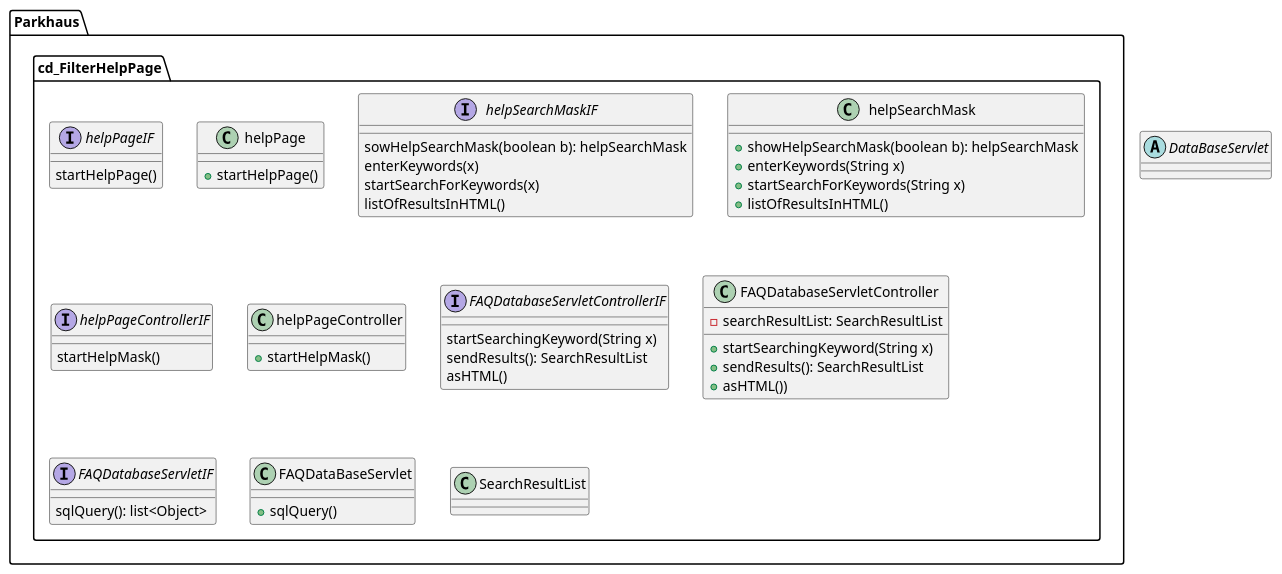
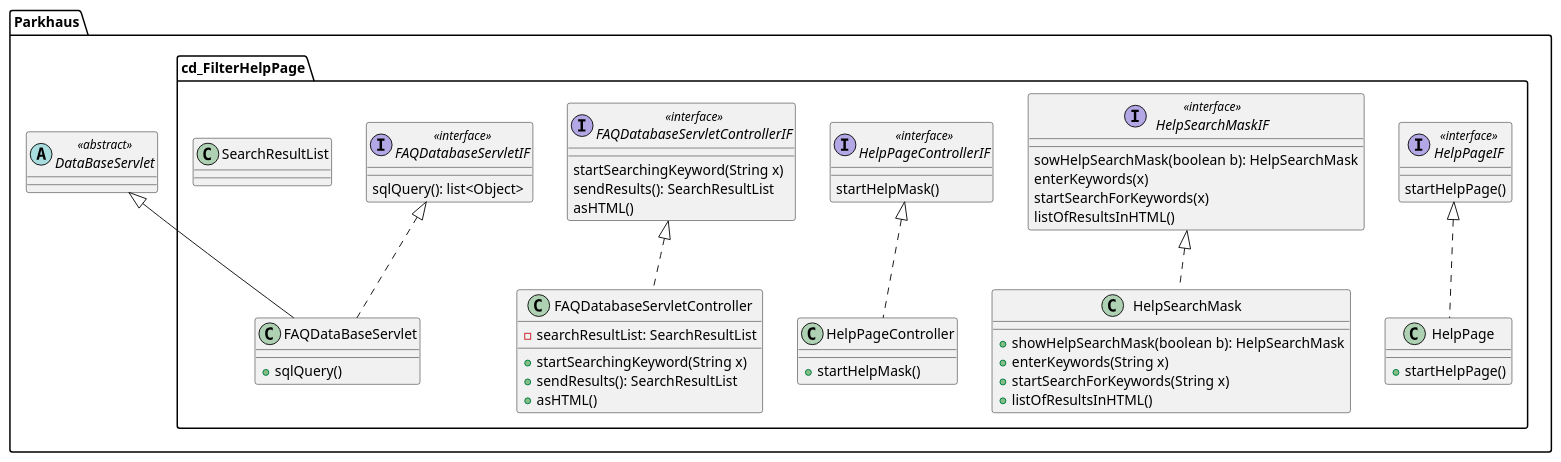
The diagram in src/main/team_space/exercise5/cd_FilterHelpPage.puml (1nbetw33n/Parkhaus_new), drawn with PlantUML before and after one commit.

Commit message:
Added relations

```diff
--- a/src/main/team_space/exercise5/cd_FilterHelpPage.puml
+++ b/src/main/team_space/exercise5/cd_FilterHelpPage.puml
@@ -1,88 +1,96 @@
 @startuml
 'https://plantuml.com/class-diagram
 
-abstract class DataBaseServlet {
-}
+
 
     package Parkhaus {
+
+        abstract class DataBaseServlet {
+        }
 
         package cd_FilterHelpPage {
 
 
-             interface helpPageIF {
+             interface HelpPageIF {
                 startHelpPage()
              }
 
-             class helpPage {
-                 + startHelpPage()
+             class HelpPage {
+                 +startHelpPage()
              }
 
 
              'the parameters makes the method failsafe
-             interface helpSearchMaskIF {
-                 sowHelpSearchMask(boolean b): helpSearchMask
+             interface HelpSearchMaskIF {
+                 sowHelpSearchMask(boolean b): HelpSearchMask
                  enterKeywords(x)
                  startSearchForKeywords(x)
                  listOfResultsInHTML()
              }
 
-             class helpSearchMask {
-                 +showHelpSearchMask(boolean b): helpSearchMask
+             class HelpSearchMask {
+                 +showHelpSearchMask(boolean b): HelpSearchMask
                  +enterKeywords(String x)
                  +startSearchForKeywords(String x)
                  +listOfResultsInHTML()
              }
 
 
-             interface helpPageControllerIF {
+             interface HelpPageControllerIF {
                  startHelpMask()
              }
 
-             class helpPageController {
+             class HelpPageController {
                  +startHelpMask()
              }
 
 
              interface FAQDatabaseServletControllerIF {
                   startSearchingKeyword(String x)
                   sendResults(): SearchResultList
                   asHTML()
              }
 
              class FAQDatabaseServletController {
                   -searchResultList: SearchResultList
                   +startSearchingKeyword(String x)
                   +sendResults(): SearchResultList
-                  +asHTML())
+                  +asHTML()
              }
 
 
              interface FAQDatabaseServletIF {
                   sqlQuery(): list<Object>
-
              }
 
              class FAQDataBaseServlet {
                   +sqlQuery()
              }
 
 
              class SearchResultList {
              }
 
 
+             HelpPageIF <<interface>>
+             HelpSearchMaskIF <<interface>>
+             HelpPageControllerIF <<interface>>
+             FAQDatabaseServletControllerIF <<interface>>
+             FAQDatabaseServletIF <<interface>>
+             DataBaseServlet <<abstract>>
 
-
-
-
-
-
-
-
-
+             HelpPageIF <|.. HelpPage
+             HelpSearchMaskIF <|.. HelpSearchMask
+             HelpPageControllerIF <|.. HelpPageController
+             FAQDatabaseServletControllerIF <|.. FAQDatabaseServletController
+             FAQDatabaseServletIF  <|.. FAQDataBaseServlet
+             DataBaseServlet <|-- FAQDataBaseServlet
 
          }
+    }
+    'created: 21.5.21: bella, lukas
+    'changed: 24.5.21: bella, lukas, rahgawi
 
 
 
 @enduml
```
